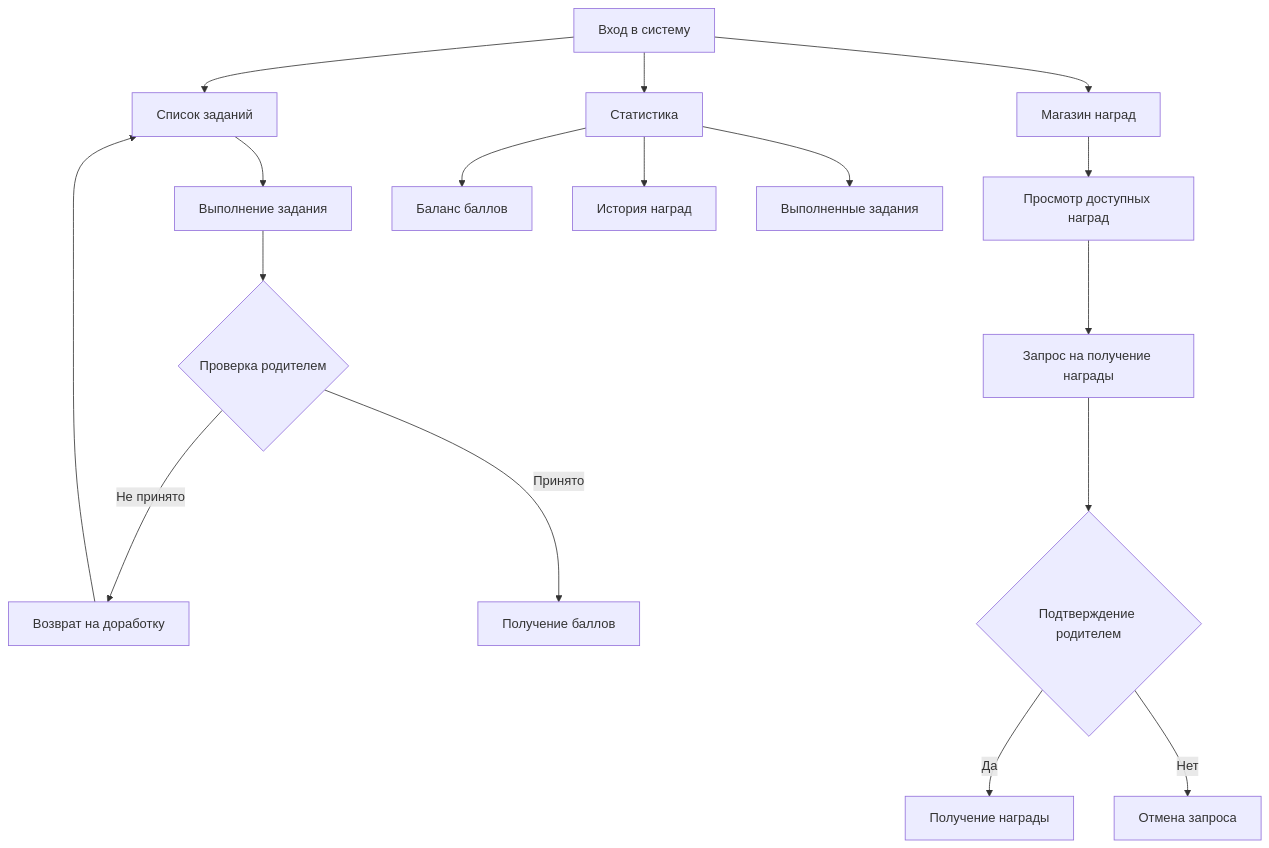
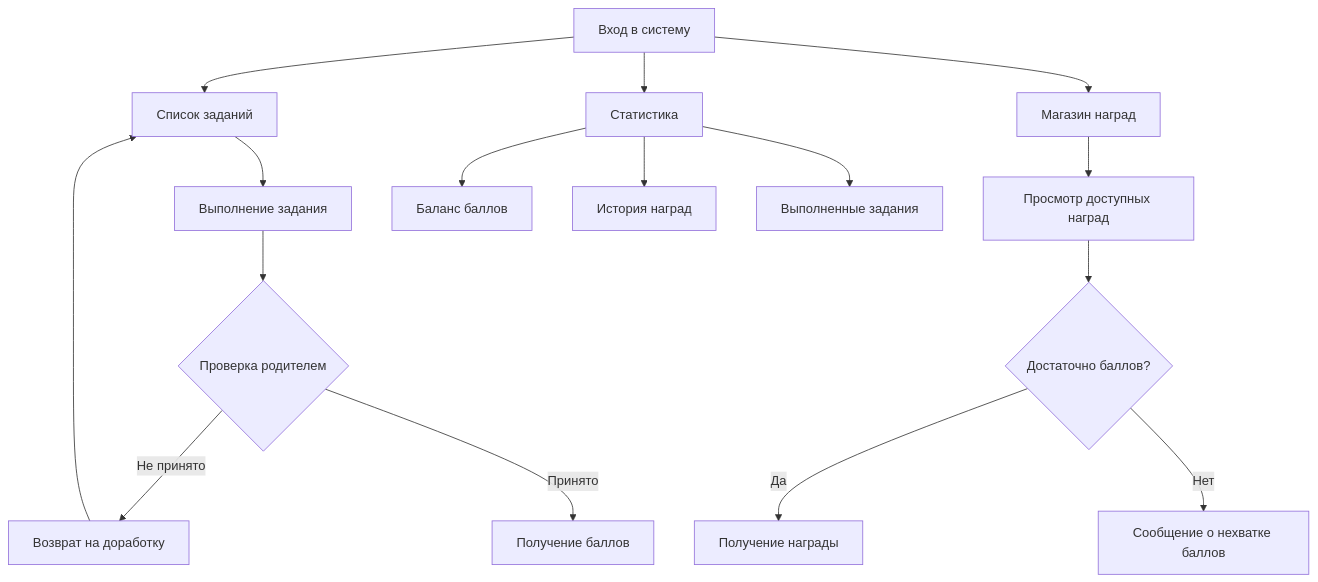
One commit to kid-tasks-ai/kid-tasks-ai changed the diagram in docs/diagrams/child.mermaid. Above: the diagram before and after it, drawn with Mermaid. The commit also changed other lines of this file and 2 other files, not shown here.

Commit message:
update diagrams (#7)

```diff
--- a/docs/diagrams/child.mermaid
+++ b/docs/diagrams/child.mermaid
@@ -1,22 +1,20 @@
 flowchart TD
     A1[Вход в систему]
 
     A1 --> B1[Список заданий]
     B1 --> B2[Выполнение задания]
     B2 --> B3{Проверка родителем}
     B3 -->|Не принято| B4[Возврат на доработку]
     B4 --> B1
     B3 -->|Принято| B5[Получение баллов]
 
-
     A1 --> C1[Магазин наград]
     C1 --> C2[Просмотр доступных наград]
-    C2 --> C3[Запрос на получение награды]
-    C3 --> C4{Подтверждение родителем}
-    C4 -->|Да| C5[Получение награды]
-    C4 -->|Нет| C6[Отмена запроса]
+    C2 --> C3{Достаточно баллов?}
+    C3 -->|Да| C4[Получение награды]
+    C3 -->|Нет| C5[Сообщение о нехватке баллов]
 
     A1 --> D1[Статистика]
     D1 --> D2[Баланс баллов]
     D1 --> D3[История наград]
     D1 --> D4[Выполненные задания]
```
